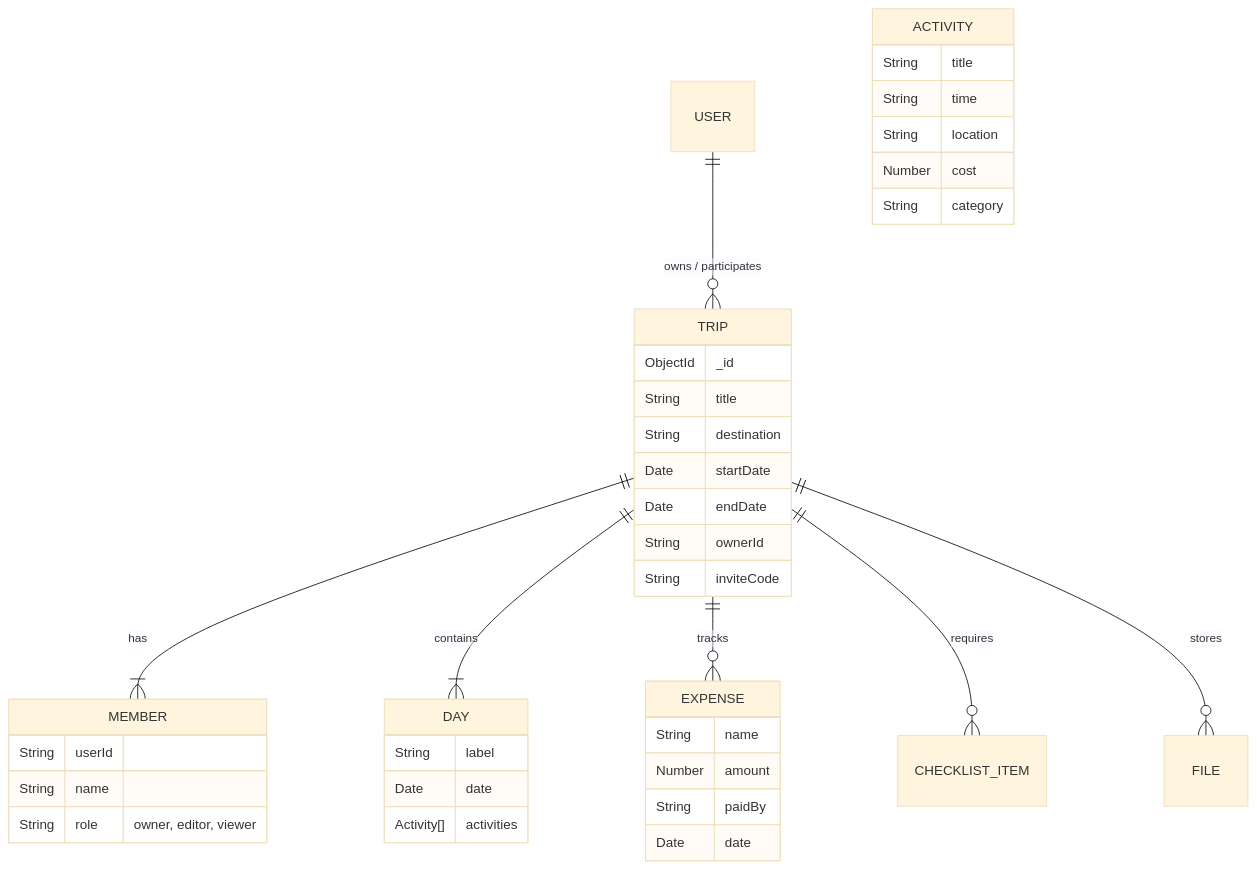
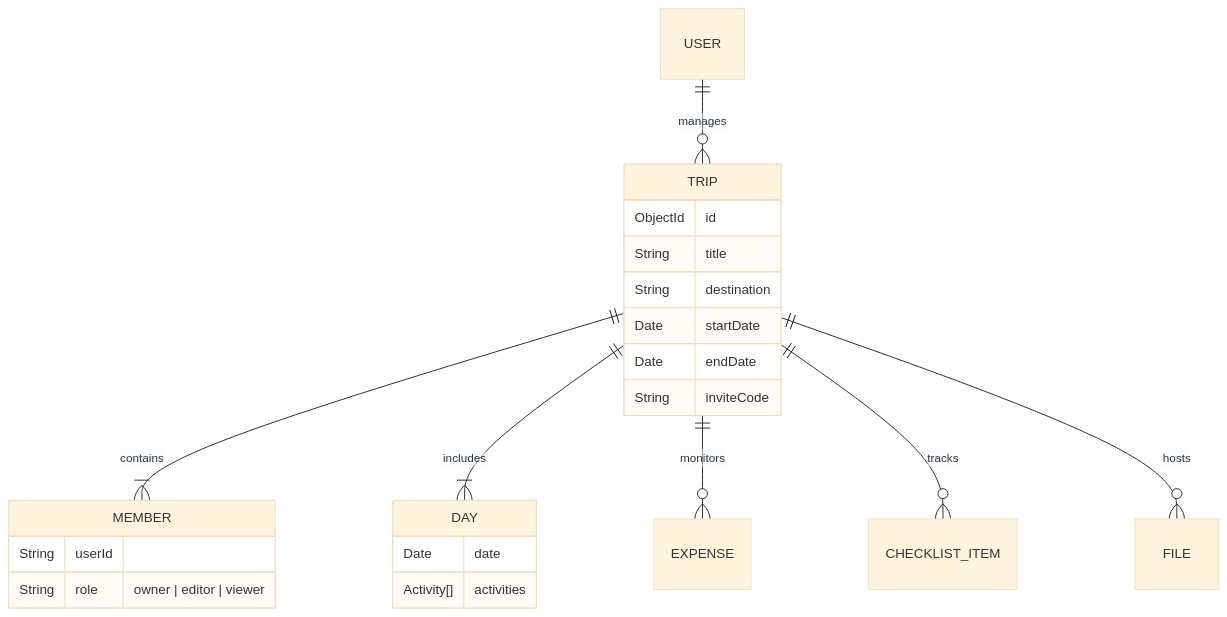
The diagram in README.md (pranavgawaii/Travio), drawn with Mermaid (base theme) before and after one commit. The commit also changed other lines of this file, not shown here.

````diff
--- a/README.md
+++ b/README.md
@@ -64,46 +67,28 @@
 ```mermaid
 erDiagram
-    USER ||--o{ TRIP : "owns / participates"
-    TRIP ||--|{ MEMBER : "has"
-    TRIP ||--|{ DAY : "contains"
-    TRIP ||--o{ EXPENSE : "tracks"
-    TRIP ||--o{ CHECKLIST_ITEM : "requires"
-    TRIP ||--o{ FILE : "stores"
+    USER ||--o{ TRIP : "manages"
+    TRIP ||--|{ MEMBER : "contains"
+    TRIP ||--|{ DAY : "includes"
+    TRIP ||--o{ EXPENSE : "monitors"
+    TRIP ||--o{ CHECKLIST_ITEM : "tracks"
+    TRIP ||--o{ FILE : "hosts"
 
     TRIP {
-        ObjectId _id
+        ObjectId id
         String title
         String destination
         Date startDate
         Date endDate
-        String ownerId
         String inviteCode
     }
 
     MEMBER {
         String userId
-        String name
-        String role "owner, editor, viewer"
+        String role "owner | editor | viewer"
     }
 
     DAY {
-        String label
         Date date
         Activity[] activities
     }
-
-    ACTIVITY {
-        String title
-        String time
-        String location
-        Number cost
-        String category
-    }
-
-    EXPENSE {
-        String name
-        Number amount
-        String paidBy
-        Date date
-    }
 ```
````
